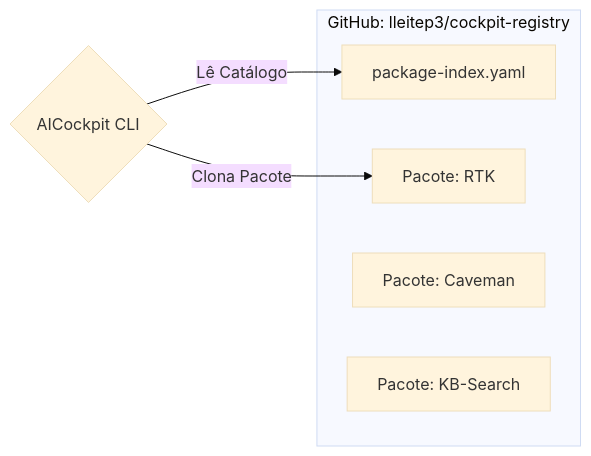
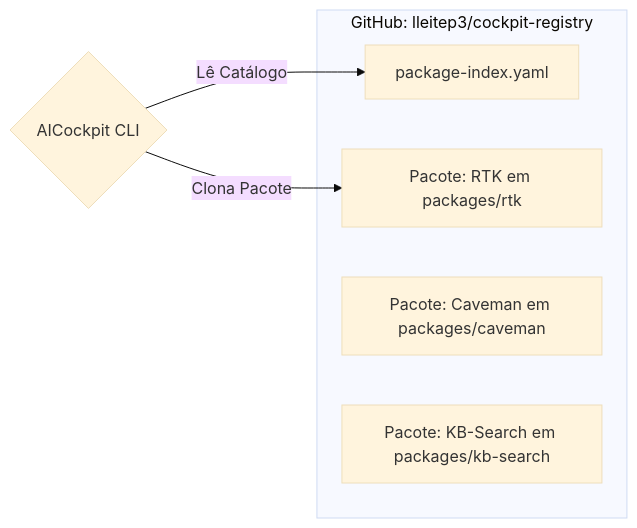
Before and after one commit to lleitep3/aicockpit: the diagram in docs/architecture/04-package-registries.md, drawn with Mermaid (base theme). The commit also changed other lines of this file and 2 other files, not shown here.

Commit message:
docs(registry): update registry docs to use packages/ directory
Update package registry documentation to reflect the new standard
structure where packages live under packages/ instead of the repo root.
This avoids confusion between packages and other top-level directories
like docs/.

Generated with [Devin](https://devin.ai)

````diff
--- a/docs/architecture/04-package-registries.md
+++ b/docs/architecture/04-package-registries.md
@@ -13,14 +13,14 @@
 ```mermaid
 graph LR
     subgraph GitHub: lleitep3/cockpit-registry
         Index[package-index.yaml]
-        Pkg1[Pacote: RTK]
-        Pkg2[Pacote: Caveman]
-        Pkg3[Pacote: KB-Search]
+        Pkg1[Pacote: RTK em packages/rtk]
+        Pkg2[Pacote: Caveman em packages/caveman]
+        Pkg3[Pacote: KB-Search em packages/kb-search]
     end
     
     CockpitCLI{AICockpit CLI}
     
     CockpitCLI -- Lê Catálogo --> Index
     CockpitCLI -- Clona Pacote --> Pkg1
 ```
````
